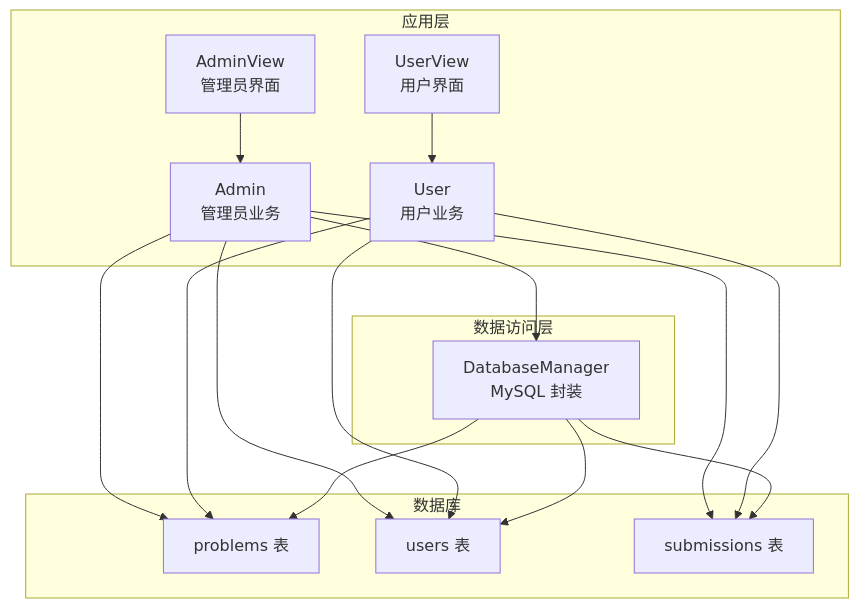
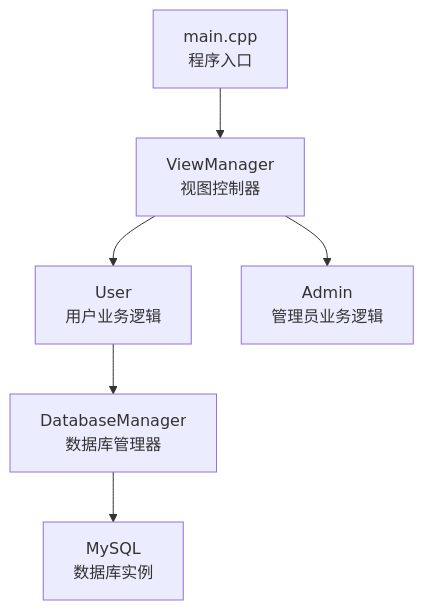
The first of 4 diagrams in .qoder/repowiki/zh/content/数据库设计.md (jinpeng900/OJ-Test), drawn with Mermaid before and after one commit. The commit also changed other lines of this file and 65 other files, not shown here.

````diff
--- a/.qoder/repowiki/zh/content/数据库设计.md
+++ b/.qoder/repowiki/zh/content/数据库设计.md
@@ -46,29 +35,8 @@
 ```mermaid
 graph TB
-subgraph "应用层"
-AV["AdminView<br/>管理员界面"]
-UV["UserView<br/>用户界面"]
-ADM["Admin<br/>管理员业务"]
-USR["User<br/>用户业务"]
-end
-subgraph "数据访问层"
-DM["DatabaseManager<br/>MySQL 封装"]
-end
-subgraph "数据库"
-P["problems 表"]
-U["users 表"]
-S["submissions 表"]
-end
-AV --> ADM
-UV --> USR
-ADM --> DM
-ADM --> P
-ADM --> U
-ADM --> S
-USR --> P
-USR --> U
-USR --> S
-DM --> P
-DM --> U
-DM --> S
+A["main.cpp<br/>程序入口"] --> B["ViewManager<br/>视图控制器"]
+B --> C["User<br/>用户业务逻辑"]
+C --> D["DatabaseManager<br/>数据库管理器"]
+D --> E["MySQL<br/>数据库实例"]
+B --> F["Admin<br/>管理员业务逻辑"]
 ```
````
